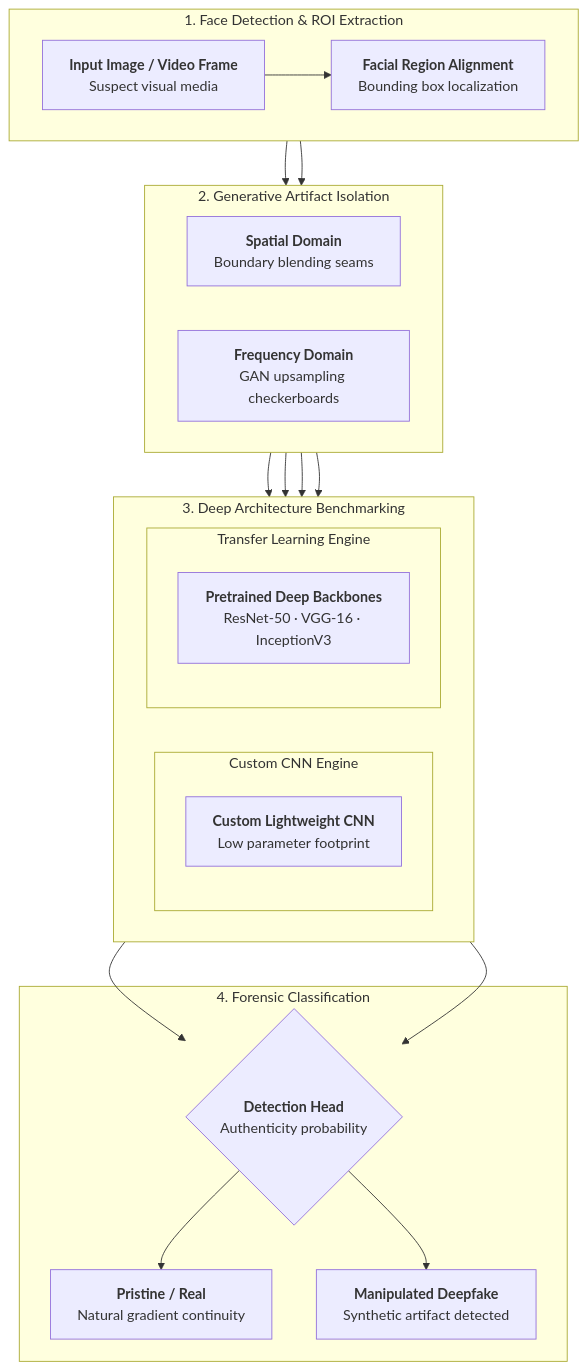
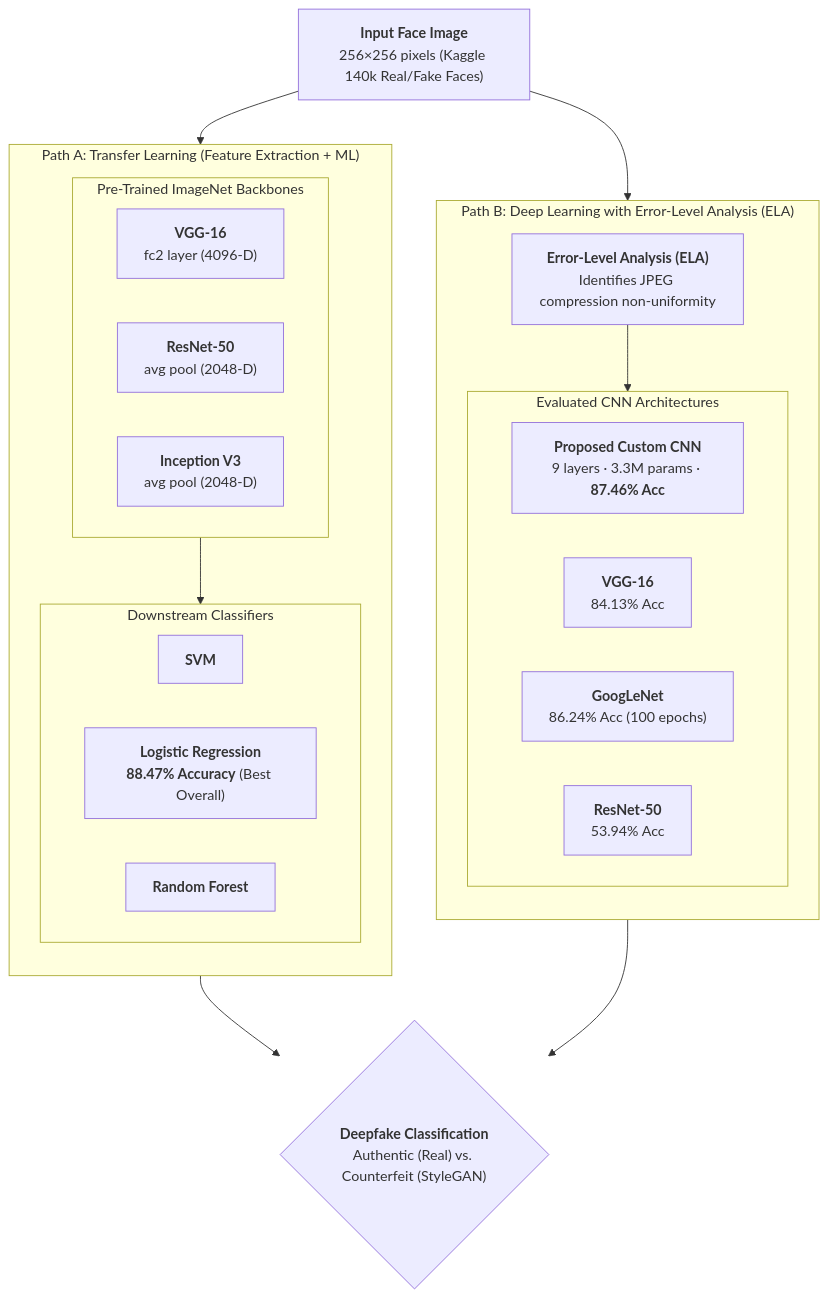
One commit to pranp-official/pranp_dev_site changed the diagram in content/projects/deepfake-detection-cnn.md. Above: the diagram before and after it, drawn with Mermaid. The commit also changed other lines of this file, not shown here.

Commit message:
docs(deepfake): align technical writeup, results table, and Fig. 1 architecture diagram with published IEEE paper

````diff
--- a/content/projects/deepfake-detection-cnn.md
+++ b/content/projects/deepfake-detection-cnn.md
@@ -30,32 +34,44 @@
 ```mermaid
 flowchart TD
-  subgraph Stage1["1. Face Detection & ROI Extraction"]
-    direction LR
-    Img["<b>Input Image / Video Frame</b><br/>Suspect visual media"] --> Face["<b>Facial Region Alignment</b><br/>Bounding box localization"]
+  Input["<b>Input Face Image</b><br/>256×256 pixels (Kaggle 140k Real/Fake Faces)"]
+
+  Input --> Path1
+  Input --> Path2
+
+  subgraph Path1["Path A: Transfer Learning (Feature Extraction + ML)"]
+    direction TB
+    subgraph Extractors["Pre-Trained ImageNet Backbones"]
+      direction LR
+      VGG_FE["<b>VGG-16</b><br/>fc2 layer (4096-D)"]
+      Res_FE["<b>ResNet-50</b><br/>avg pool (2048-D)"]
+      Inc_FE["<b>Inception V3</b><br/>avg pool (2048-D)"]
+    end
+
+    subgraph Classifiers["Downstream Classifiers"]
+      direction LR
+      SVM["<b>SVM</b>"]
+      LR["<b>Logistic Regression</b><br/><b>88.47% Accuracy</b> (Best Overall)"]
+      RF["<b>Random Forest</b>"]
+    end
+
+    Extractors --> Classifiers
   end
 
-  subgraph Stage2["2. Generative Artifact Isolation"]
-    direction LR
-    Face --> Seam["<b>Spatial Domain</b><br/>Boundary blending seams"]
-    Face --> Freq["<b>Frequency Domain</b><br/>GAN upsampling checkerboards"]
+  subgraph Path2["Path B: Deep Learning with Error-Level Analysis (ELA)"]
+    direction TB
+    ELA["<b>Error-Level Analysis (ELA)</b><br/>Identifies JPEG compression non-uniformity"]
+    
+    subgraph DLSuite["Evaluated CNN Architectures"]
+      direction LR
+      PropCNN["<b>Proposed Custom CNN</b><br/>9 layers · 3.3M params · <b>87.46% Acc</b>"]
+      VGG_DL["<b>VGG-16</b><br/>84.13% Acc"]
+      GoogLeNet["<b>GoogLeNet</b><br/>86.24% Acc (100 epochs)"]
+      Res_DL["<b>ResNet-50</b><br/>53.94% Acc"]
+    end
+
+    ELA --> DLSuite
   end
 
-  subgraph Stage3["3. Deep Architecture Benchmarking"]
-    direction LR
-    subgraph BranchCustom["Custom CNN Engine"]
-      CNN["<b>Custom Lightweight CNN</b><br/>Low parameter footprint"]
-    end
-    subgraph BranchTransfer["Transfer Learning Engine"]
-      Transfer["<b>Pretrained Deep Backbones</b><br/>ResNet-50 · VGG-16 · InceptionV3"]
-    end
-  end
-
-  subgraph Stage4["4. Forensic Classification"]
-    Classifier{"<b>Detection Head</b><br/>Authenticity probability"}
-    Classifier --> Real["<b>Pristine / Real</b><br/>Natural gradient continuity"]
-    Classifier --> Fake["<b>Manipulated Deepfake</b><br/>Synthetic artifact detected"]
-  end
-
-  Seam & Freq --> BranchCustom & BranchTransfer
-  BranchCustom & BranchTransfer --> Classifier
+  Path1 --> Decision{"<b>Deepfake Classification</b><br/>Authentic (Real) vs. Counterfeit (StyleGAN)"}
+  Path2 --> Decision
 ```
````
